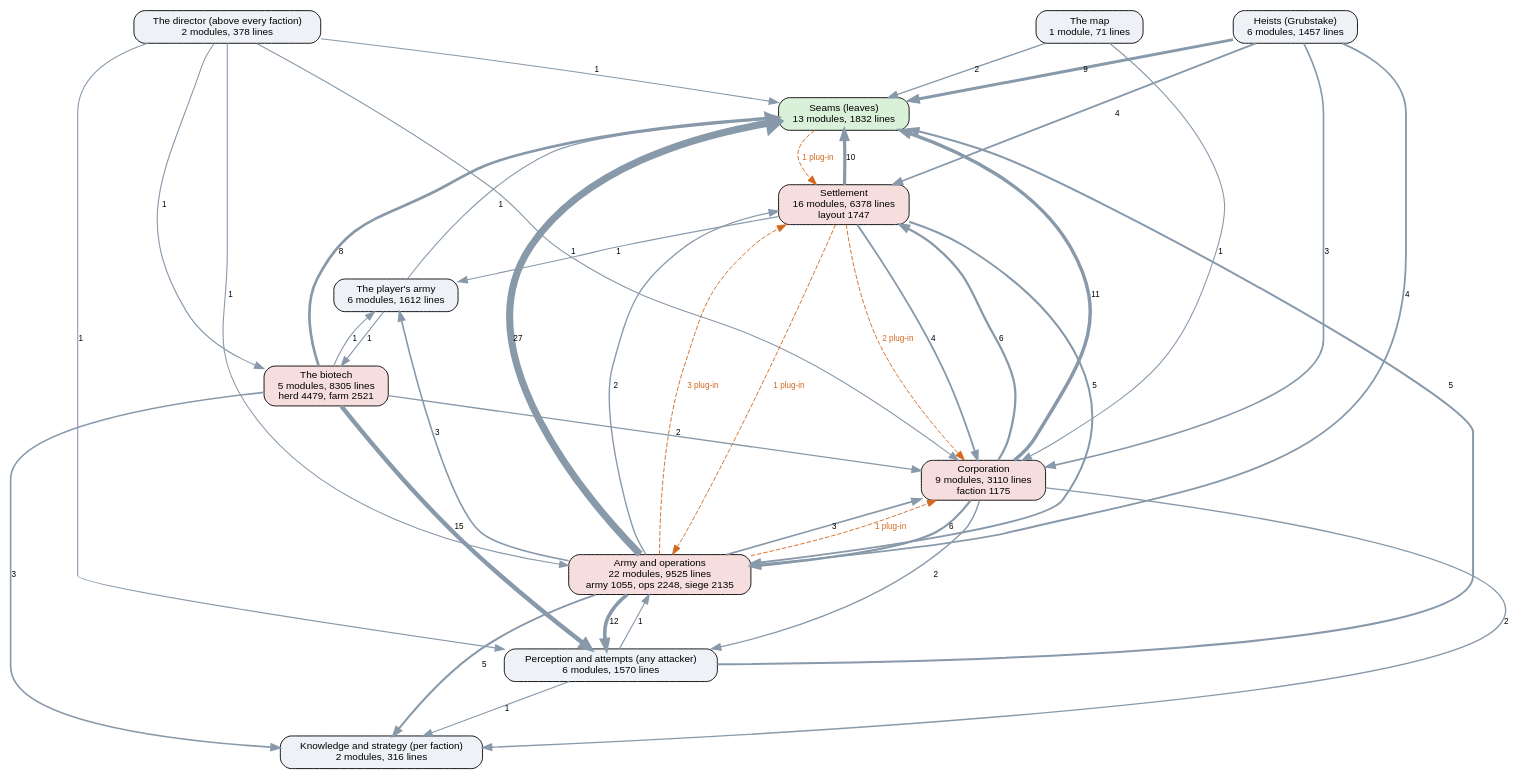
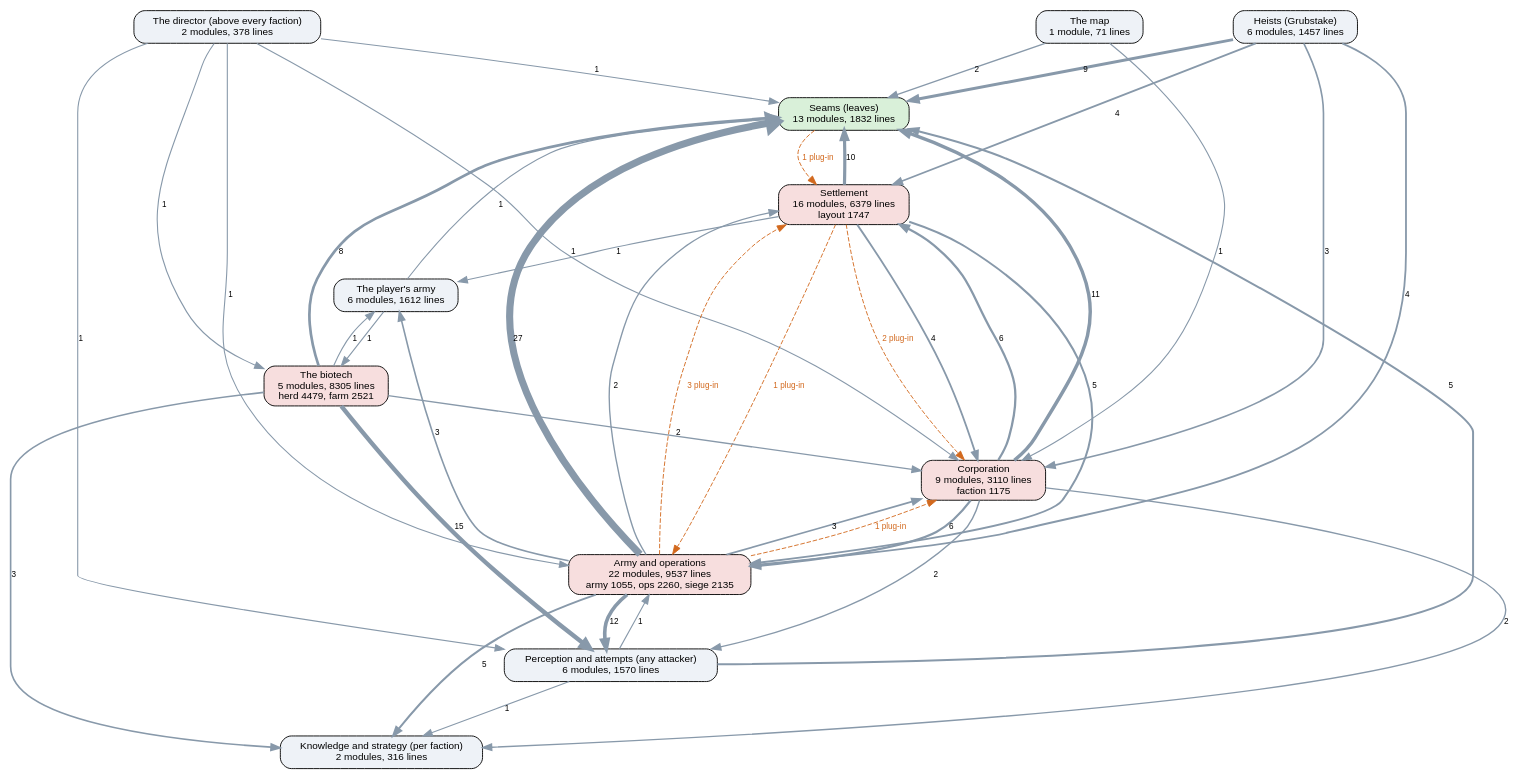
The diagram in docs/ai-layers.dot (kinelhu/landing-party), drawn with Graphviz before and after one commit. The commit also changed 10 other files, not shown here.

```diff
--- a/docs/ai-layers.dot
+++ b/docs/ai-layers.dot
@@ -1,57 +1,57 @@
 digraph layers {
   graph [rankdir=TB, fontname="Helvetica", nodesep=0.5, ranksep=0.7];
   node [shape=box, style="rounded,filled", fontname="Helvetica", fontsize=11, fillcolor="#eef2f7"];
   edge [color="#8899aa", fontname="Helvetica", fontsize=9];
   "Seams (leaves)" [label="Seams (leaves)\n13 modules, 1832 lines", fillcolor="#d9f0d9"];
   "Perception and attempts (any attacker)" [label="Perception and attempts (any attacker)\n6 modules, 1570 lines", fillcolor="#eef2f7"];
   "Knowledge and strategy (per faction)" [label="Knowledge and strategy (per faction)\n2 modules, 316 lines", fillcolor="#eef2f7"];
   "The director (above every faction)" [label="The director (above every faction)\n2 modules, 378 lines", fillcolor="#eef2f7"];
   "Corporation" [label="Corporation\n9 modules, 3110 lines\nfaction 1175", fillcolor="#f7dede"];
-  "Settlement" [label="Settlement\n16 modules, 6378 lines\nlayout 1747", fillcolor="#f7dede"];
-  "Army and operations" [label="Army and operations\n22 modules, 9525 lines\narmy 1055, ops 2248, siege 2135", fillcolor="#f7dede"];
+  "Settlement" [label="Settlement\n16 modules, 6379 lines\nlayout 1747", fillcolor="#f7dede"];
+  "Army and operations" [label="Army and operations\n22 modules, 9537 lines\narmy 1055, ops 2260, siege 2135", fillcolor="#f7dede"];
   "Heists (Grubstake)" [label="Heists (Grubstake)\n6 modules, 1457 lines", fillcolor="#eef2f7"];
   "The biotech" [label="The biotech\n5 modules, 8305 lines\nherd 4479, farm 2521", fillcolor="#f7dede"];
   "The map" [label="The map\n1 module, 71 lines", fillcolor="#eef2f7"];
   "The player's army" [label="The player's army\n6 modules, 1612 lines", fillcolor="#eef2f7"];
   "Army and operations" -> "Corporation" [label="3", penwidth=1.8];
   "Army and operations" -> "Knowledge and strategy (per faction)" [label="5", penwidth=2.2];
   "Army and operations" -> "Perception and attempts (any attacker)" [label="12", penwidth=4.0];
   "Army and operations" -> "Seams (leaves)" [label="27", penwidth=7.8];
   "Army and operations" -> "Settlement" [label="2", penwidth=1.5];
   "Army and operations" -> "The player's army" [label="3", penwidth=1.8];
   "Corporation" -> "Army and operations" [label="6", penwidth=2.5];
   "Corporation" -> "Knowledge and strategy (per faction)" [label="2", penwidth=1.5];
   "Corporation" -> "Perception and attempts (any attacker)" [label="2", penwidth=1.5];
   "Corporation" -> "Seams (leaves)" [label="11", penwidth=3.8];
   "Corporation" -> "Settlement" [label="6", penwidth=2.5];
   "Heists (Grubstake)" -> "Army and operations" [label="4", penwidth=2.0];
   "Heists (Grubstake)" -> "Corporation" [label="3", penwidth=1.8];
   "Heists (Grubstake)" -> "Seams (leaves)" [label="9", penwidth=3.2];
   "Heists (Grubstake)" -> "Settlement" [label="4", penwidth=2.0];
   "Perception and attempts (any attacker)" -> "Army and operations" [label="1", penwidth=1.2];
   "Perception and attempts (any attacker)" -> "Knowledge and strategy (per faction)" [label="1", penwidth=1.2];
   "Perception and attempts (any attacker)" -> "Seams (leaves)" [label="5", penwidth=2.2];
   "Settlement" -> "Army and operations" [label="5", penwidth=2.2];
   "Settlement" -> "Corporation" [label="4", penwidth=2.0];
   "Settlement" -> "Seams (leaves)" [label="10", penwidth=3.5];
   "Settlement" -> "The player's army" [label="1", penwidth=1.2];
   "The biotech" -> "Corporation" [label="2", penwidth=1.5];
   "The biotech" -> "Knowledge and strategy (per faction)" [label="3", penwidth=1.8];
   "The biotech" -> "Perception and attempts (any attacker)" [label="15", penwidth=4.8];
   "The biotech" -> "Seams (leaves)" [label="8", penwidth=3.0];
   "The biotech" -> "The player's army" [label="1", penwidth=1.2];
   "The director (above every faction)" -> "Army and operations" [label="1", penwidth=1.2];
   "The director (above every faction)" -> "Corporation" [label="1", penwidth=1.2];
   "The director (above every faction)" -> "Perception and attempts (any attacker)" [label="1", penwidth=1.2];
   "The director (above every faction)" -> "Seams (leaves)" [label="1", penwidth=1.2];
   "The director (above every faction)" -> "The biotech" [label="1", penwidth=1.2];
   "The map" -> "Corporation" [label="1", penwidth=1.2];
   "The map" -> "Seams (leaves)" [label="2", penwidth=1.5];
   "The player's army" -> "Seams (leaves)" [label="1", penwidth=1.2];
   "The player's army" -> "The biotech" [label="1", penwidth=1.2];
   "Army and operations" -> "Corporation" [style=dashed, color="#d2691e", fontcolor="#d2691e", label="1 plug-in"];
   "Army and operations" -> "Settlement" [style=dashed, color="#d2691e", fontcolor="#d2691e", label="3 plug-in"];
   "Seams (leaves)" -> "Settlement" [style=dashed, color="#d2691e", fontcolor="#d2691e", label="1 plug-in"];
   "Settlement" -> "Army and operations" [style=dashed, color="#d2691e", fontcolor="#d2691e", label="1 plug-in"];
   "Settlement" -> "Corporation" [style=dashed, color="#d2691e", fontcolor="#d2691e", label="2 plug-in"];
 }
```
